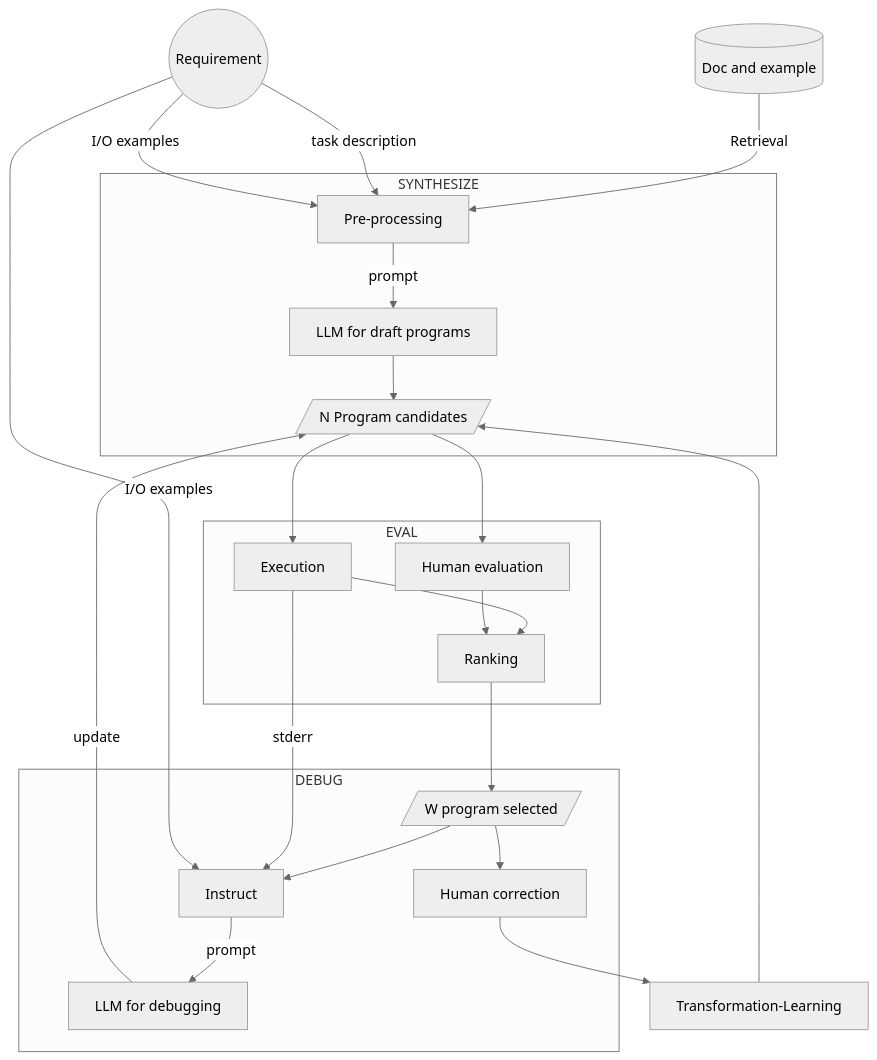
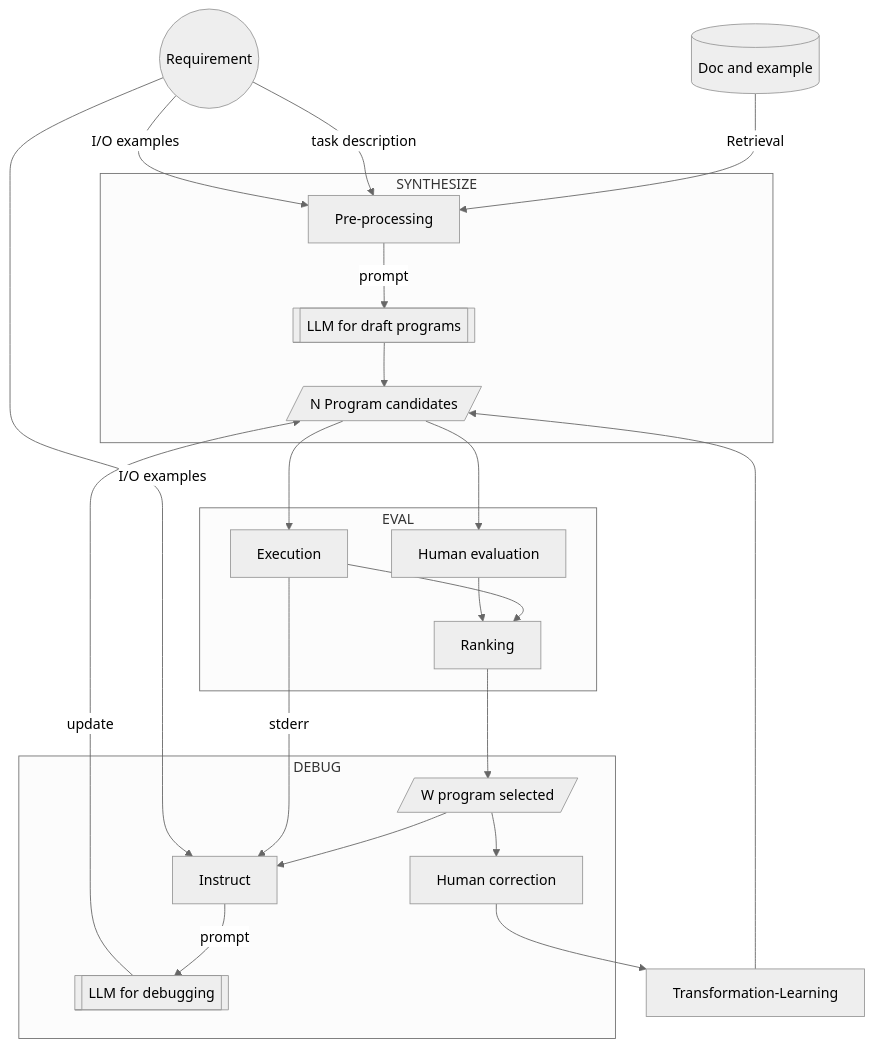
The second of 2 diagrams in Code-Generation.md (AI-LLM/ai-llm.github.io), drawn with Mermaid (neutral theme) before and after one commit.

````diff
--- a/Code-Generation.md
+++ b/Code-Generation.md
@@ -59,27 +59,27 @@
 ```mermaid
 graph TD;
 doc[(Doc and example)] -- Retrieval --> Pre-processing
 S((Requirement)) -- task description --> Pre-processing
 S -- I/O examples --> Pre-processing
 subgraph SYNTHESIZE
-Pre-processing -- prompt --> LLMsynth[LLM for draft programs]
+Pre-processing -- prompt --> LLMsynth[[LLM for draft programs]]
 LLMsynth --> PN[/N Program candidates/]
 end
 PN --> Evaluation[Human evaluation]
 PN --> Execution
 subgraph EVAL
 Execution --> Ranking
 Evaluation --> Ranking
 end
 Ranking --> PS[/W program selected/]
 subgraph DEBUG
 PS --> Instruct
 Execution -- stderr --> Instruct
-Instruct -- prompt --> LLMdebug[LLM for debugging]
+Instruct -- prompt --> LLMdebug[[LLM for debugging]]
 PS --> Correction[Human correction]
 end
 S -- I/O examples --> Instruct
 LLMdebug -- update --> PN
 Correction --> Transformation-Learning
 Transformation-Learning --> PN
 ```
````
